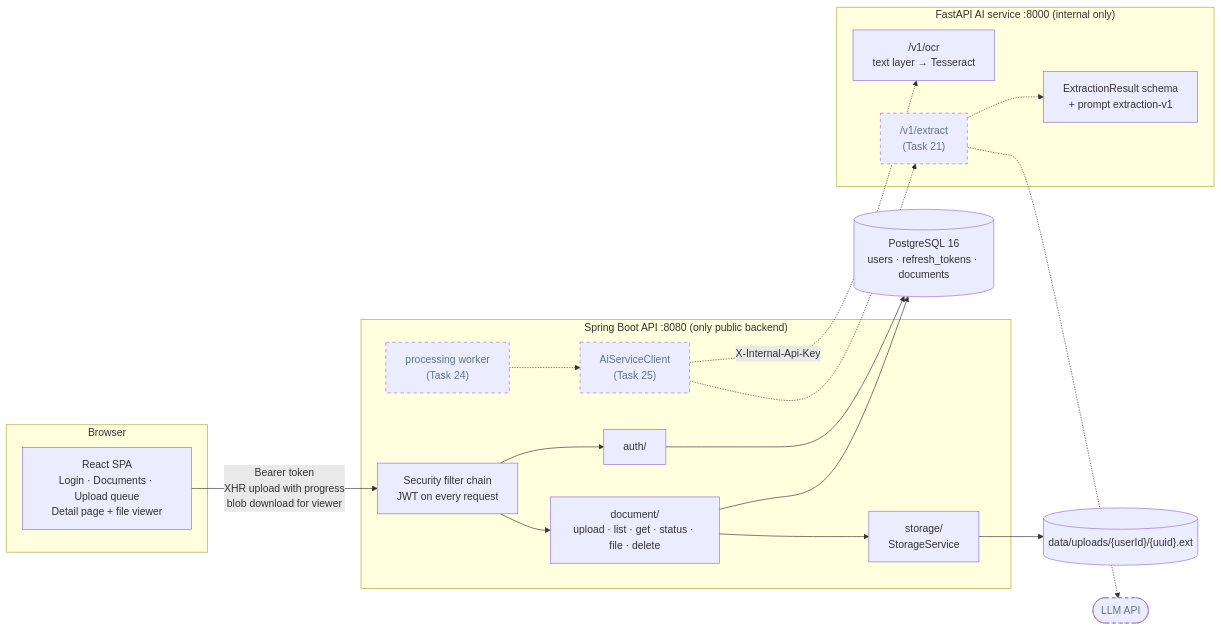
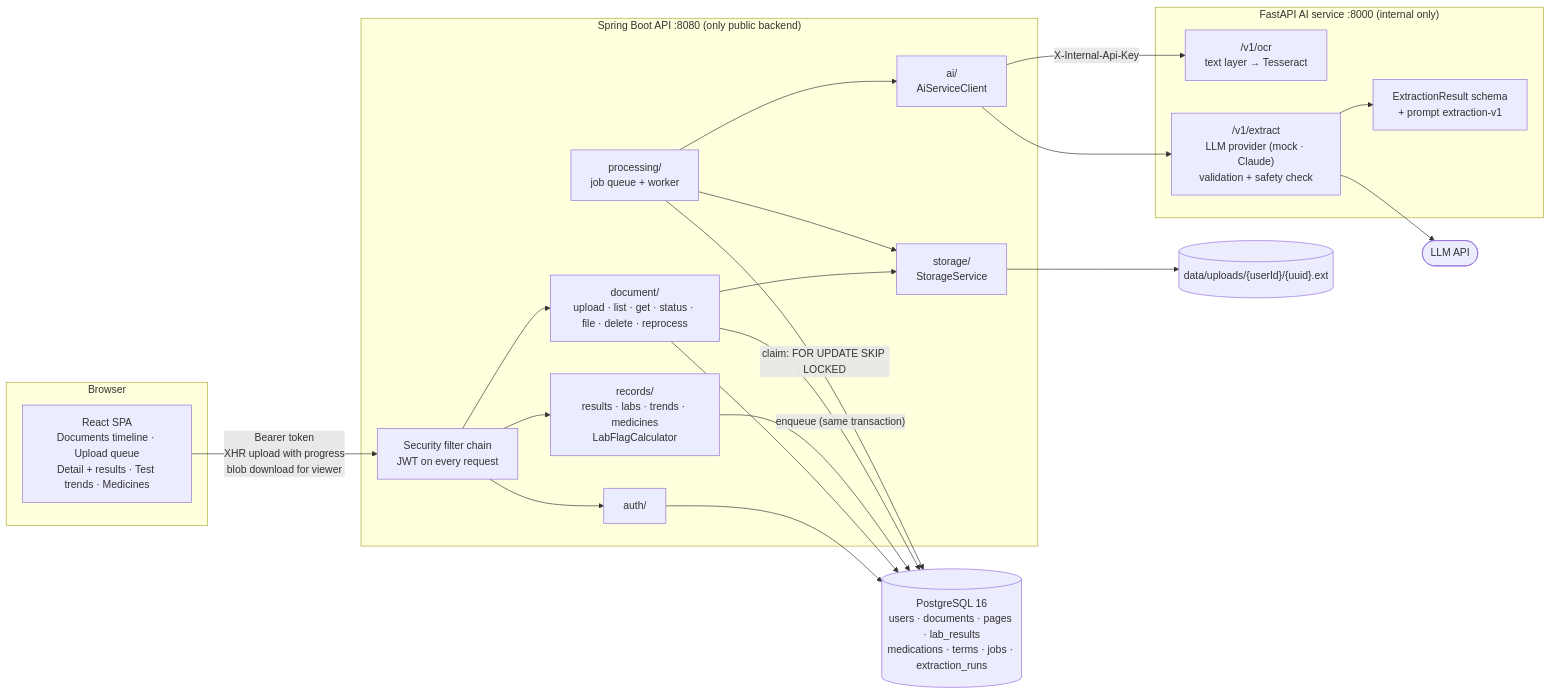
Before and after one commit to n3h4a/medfold: the first of 3 diagrams in docs/architecture.md, drawn with Mermaid. The commit also changed other lines of this file, not shown here.

Commit message:
docs: add architecture recap for tasks 21-30 (extraction, processing pipeline, timeline)

````diff
--- a/docs/architecture.md
+++ b/docs/architecture.md
@@ -17,38 +18,40 @@
 ```mermaid
 flowchart LR
     subgraph Browser
-        UI["React SPA<br/>Login · Documents · Upload queue<br/>Detail page + file viewer"]
+        UI["React SPA<br/>Documents timeline · Upload queue<br/>Detail + results · Test trends · Medicines"]
     end
 
     subgraph Backend["Spring Boot API :8080 (only public backend)"]
         SEC["Security filter chain<br/>JWT on every request"]
         AUTH["auth/"]
-        DOCS["document/<br/>upload · list · get · status · file · delete"]
+        DOCS["document/<br/>upload · list · get · status · file · delete · reprocess"]
+        RECORDS["records/<br/>results · labs · trends · medicines<br/>LabFlagCalculator"]
         STORE["storage/<br/>StorageService"]
-        WORKER["processing worker<br/>(Task 24)"]
-        AICLIENT["AiServiceClient<br/>(Task 25)"]
+        WORKER["processing/<br/>job queue + worker"]
+        AICLIENT["ai/<br/>AiServiceClient"]
     end
 
     subgraph AI["FastAPI AI service :8000 (internal only)"]
         OCR["/v1/ocr<br/>text layer → Tesseract"]
-        EXTRACT["/v1/extract<br/>(Task 21)"]
+        EXTRACT["/v1/extract<br/>LLM provider (mock · Claude)<br/>validation + safety check"]
         SCHEMA["ExtractionResult schema<br/>+ prompt extraction-v1"]
     end
 
-    DB[("PostgreSQL 16<br/>users · refresh_tokens · documents")]
+    DB[("PostgreSQL 16<br/>users · documents · pages · lab_results<br/>medications · terms · jobs · extraction_runs")]
     FILES[("data/uploads/{userId}/{uuid}.ext")]
     LLM(["LLM API"])
 
     UI -- "Bearer token<br/>XHR upload with progress<br/>blob download for viewer" --> SEC
     SEC --> AUTH --> DB
     SEC --> DOCS --> DB
+    SEC --> RECORDS --> DB
     DOCS --> STORE --> FILES
-    WORKER -.-> AICLIENT
-    AICLIENT -. "X-Internal-Api-Key" .-> OCR
-    AICLIENT -.-> EXTRACT
-    EXTRACT -.-> SCHEMA
-    EXTRACT -.-> LLM
-
-    classDef planned stroke-dasharray: 5 5,color:#64748b
-    class WORKER,AICLIENT,EXTRACT,LLM planned
+    DOCS -- "enqueue (same transaction)" --> DB
+    WORKER -- "claim: FOR UPDATE SKIP LOCKED" --> DB
+    WORKER --> STORE
+    WORKER --> AICLIENT
+    AICLIENT -- "X-Internal-Api-Key" --> OCR
+    AICLIENT --> EXTRACT
+    EXTRACT --> SCHEMA
+    EXTRACT --> LLM
 ```
````
